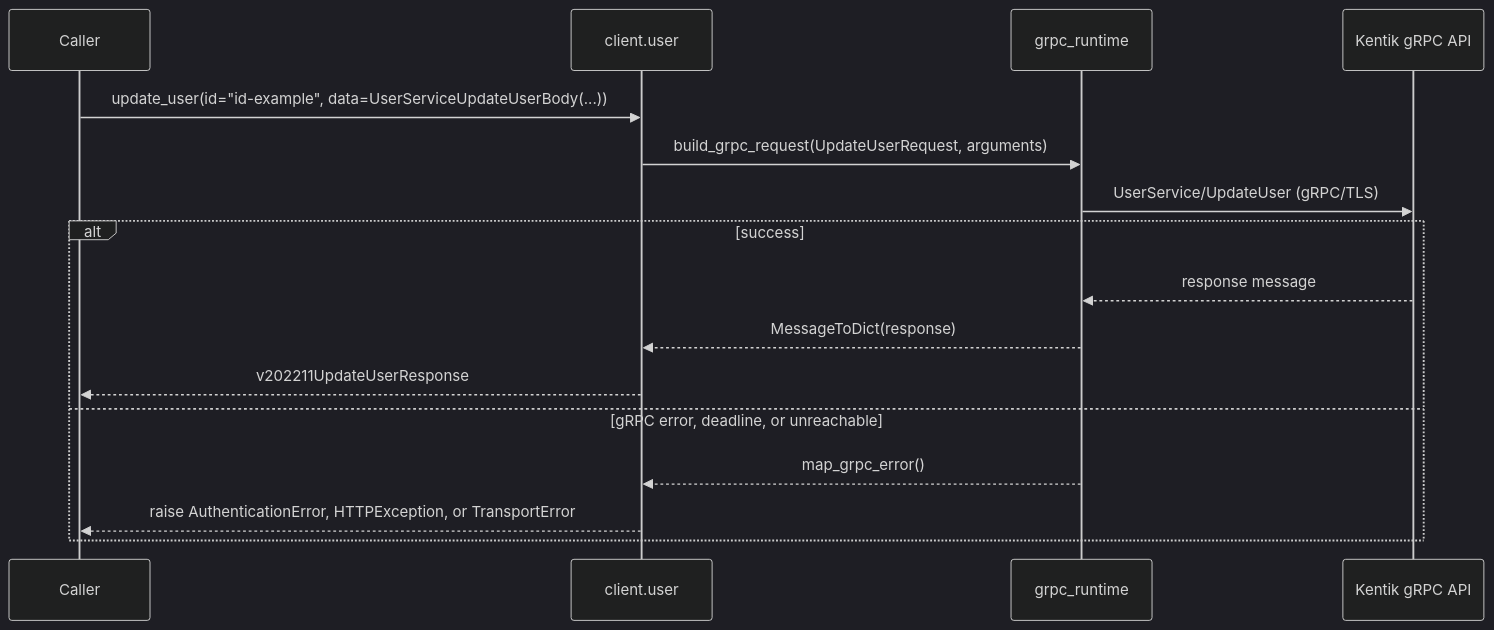
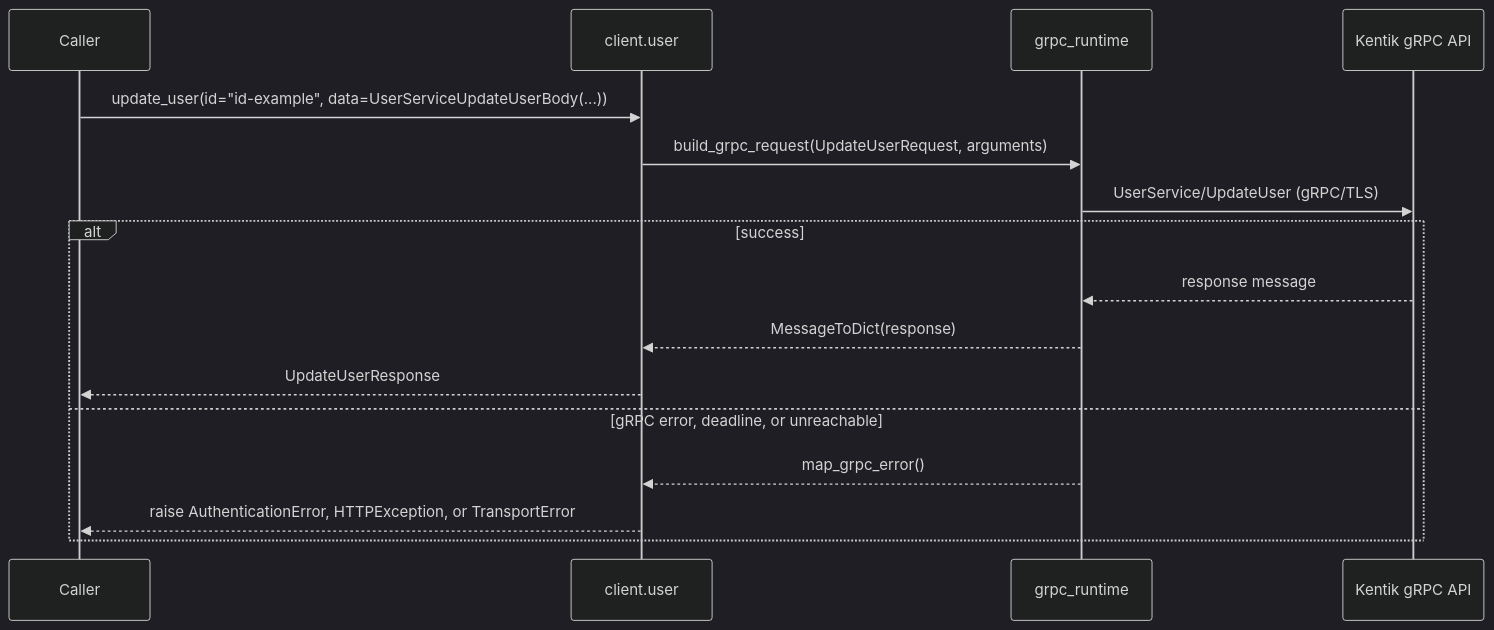
The ninth of 16 diagrams in docs/sphinx/services/user.md (alexdearaujo/community_sdk_python), drawn with Mermaid (dark theme) before and after one commit. The commit also changed other lines of this file and 38 other files, not shown here.

````diff
--- a/docs/sphinx/services/user.md
+++ b/docs/sphinx/services/user.md
@@ -279,19 +279,19 @@
 ```mermaid
 sequenceDiagram
     participant C as Caller
     participant W as client.user
     participant R as grpc_runtime
     participant API as Kentik gRPC API
 
     C->>W: update_user(id="id-example", data=UserServiceUpdateUserBody(...))
     W->>R: build_grpc_request(UpdateUserRequest, arguments)
     R->>API: UserService/UpdateUser (gRPC/TLS)
     alt success
         API-->>R: response message
         R-->>W: MessageToDict(response)
-        W-->>C: v202211UpdateUserResponse
+        W-->>C: UpdateUserResponse
     else gRPC error, deadline, or unreachable
         R-->>W: map_grpc_error()
         W-->>C: raise AuthenticationError, HTTPException, or TransportError
     end
 ```
````
